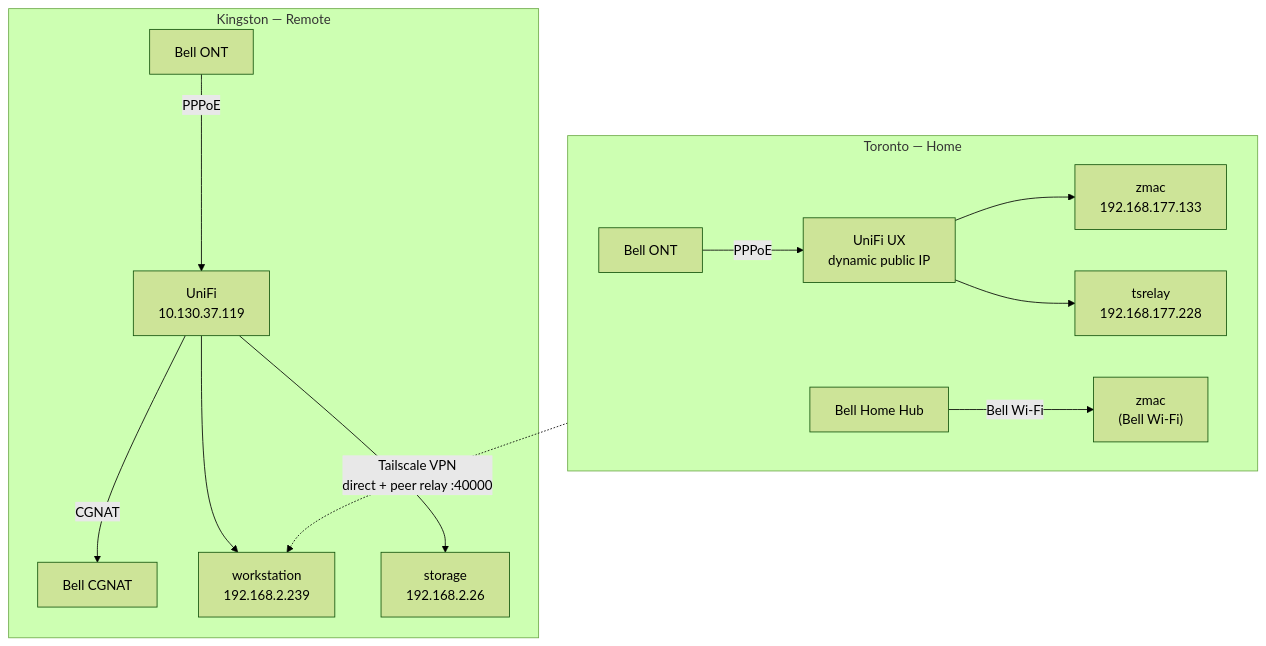
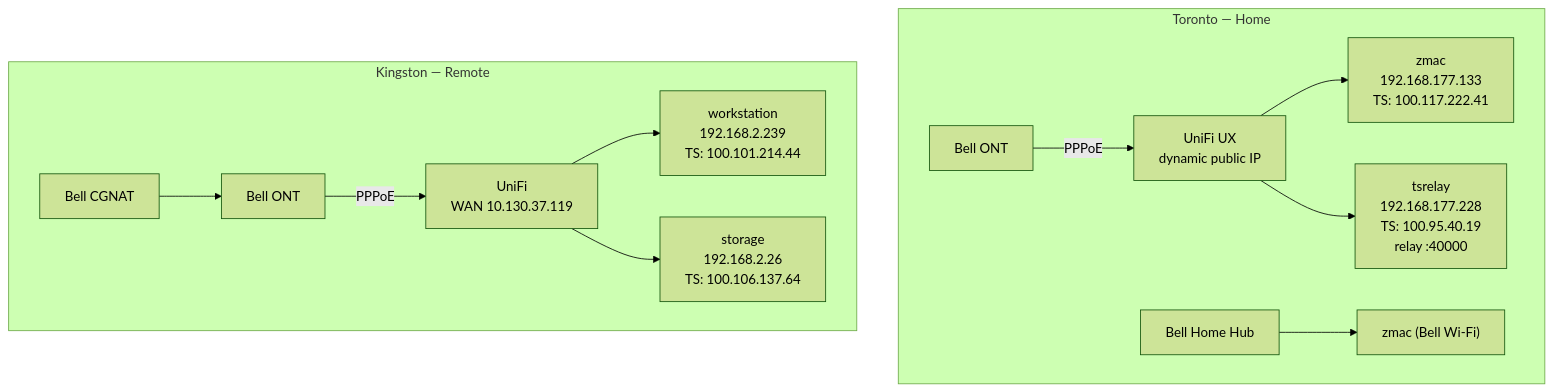
Before and after one commit to zeulewan/robot-docs: the diagram in docs/reference/network-topology.md, drawn with Mermaid (forest theme).

Commit message:
Rework network diagram: CGNAT upstream, Tailscale IPs per-device
Move Bell CGNAT above the ONT (upstream) instead of downstream of
UniFi. Show Tailscale IPs on each device rather than a cross-location
VPN connection line.

````diff
--- a/docs/reference/network-topology.md
+++ b/docs/reference/network-topology.md
@@ -65,17 +65,15 @@
 ```mermaid
 flowchart TD
     subgraph TOR["Toronto — Home"]
         TONT["Bell ONT"] -- "PPPoE" --> UX["UniFi UX<br/>dynamic public IP"]
-        UX --> ZMAC["zmac<br/>192.168.177.133"]
-        UX --> TSR["tsrelay<br/>192.168.177.228"]
-        BHH["Bell Home Hub"] -- "Bell Wi-Fi" --> ZMAC2["zmac<br/>(Bell Wi-Fi)"]
+        UX --> ZMAC["zmac<br/>192.168.177.133<br/>TS: 100.117.222.41"]
+        UX --> TSR["tsrelay<br/>192.168.177.228<br/>TS: 100.95.40.19<br/>relay :40000"]
+        BHH["Bell Home Hub"] --> ZMAC2["zmac (Bell Wi-Fi)"]
     end
     subgraph KNG["Kingston — Remote"]
-        KONT["Bell ONT"] -- "PPPoE" --> KUX["UniFi<br/>10.130.37.119"]
-        KUX -- "CGNAT" --> CGNAT["Bell CGNAT"]
-        KUX --> WS["workstation<br/>192.168.2.239"]
-        KUX --> STOR["storage<br/>192.168.2.26"]
+        CGNAT["Bell CGNAT"] --> KONT["Bell ONT"]
+        KONT -- "PPPoE" --> KUX["UniFi<br/>WAN 10.130.37.119"]
+        KUX --> WS["workstation<br/>192.168.2.239<br/>TS: 100.101.214.44"]
+        KUX --> STOR["storage<br/>192.168.2.26<br/>TS: 100.106.137.64"]
     end
-
-    TOR -. "Tailscale VPN<br/>direct + peer relay :40000" .-> WS
 ```
````
